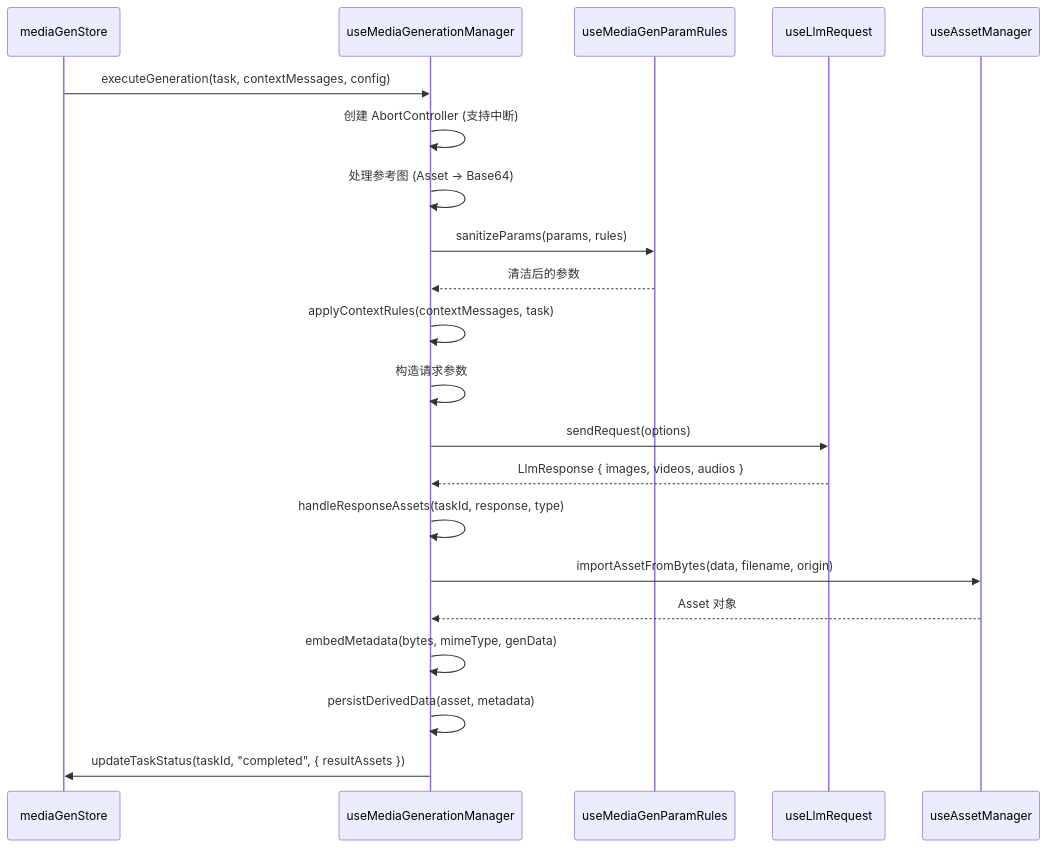
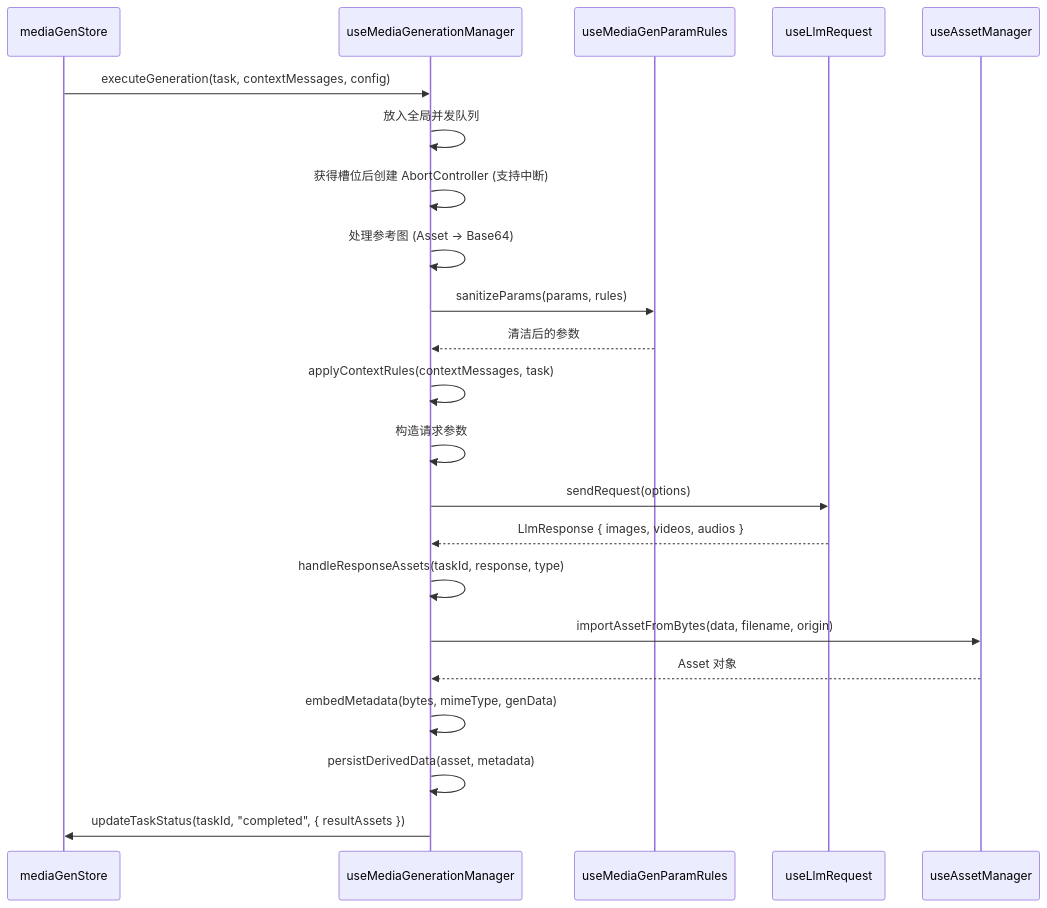
The first of 6 diagrams in src/tools/media-generator/ARCHITECTURE.md (miaotouy/aio-hub), drawn with Mermaid before and after one commit. The commit also changed other lines of this file and 8 other files, not shown here.

````diff
--- a/src/tools/media-generator/ARCHITECTURE.md
+++ b/src/tools/media-generator/ARCHITECTURE.md
@@ -115,24 +115,25 @@
 ```mermaid
 sequenceDiagram
     participant Store as mediaGenStore
     participant Manager as useMediaGenerationManager
     participant Rules as useMediaGenParamRules
     participant LLM as useLlmRequest
     participant Asset as useAssetManager
 
     Store ->> Manager: executeGeneration(task, contextMessages, config)
-    Manager ->> Manager: 创建 AbortController (支持中断)
+    Manager ->> Manager: 放入全局并发队列
+    Manager ->> Manager: 获得槽位后创建 AbortController (支持中断)
     Manager ->> Manager: 处理参考图 (Asset → Base64)
     Manager ->> Rules: sanitizeParams(params, rules)
     Rules -->> Manager: 清洁后的参数
     Manager ->> Manager: applyContextRules(contextMessages, task)
     Manager ->> Manager: 构造请求参数
     Manager ->> LLM: sendRequest(options)
     LLM -->> Manager: LlmResponse { images, videos, audios }
     Manager ->> Manager: handleResponseAssets(taskId, response, type)
     Manager ->> Asset: importAssetFromBytes(data, filename, origin)
     Asset -->> Manager: Asset 对象
     Manager ->> Manager: embedMetadata(bytes, mimeType, genData)
     Manager ->> Manager: persistDerivedData(asset, metadata)
     Manager ->> Store: updateTaskStatus(taskId, "completed", { resultAssets })
 ```
````
